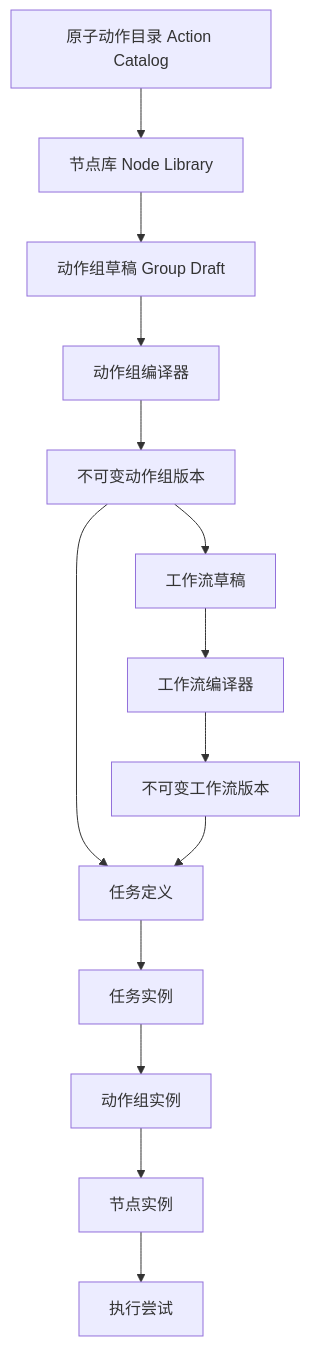
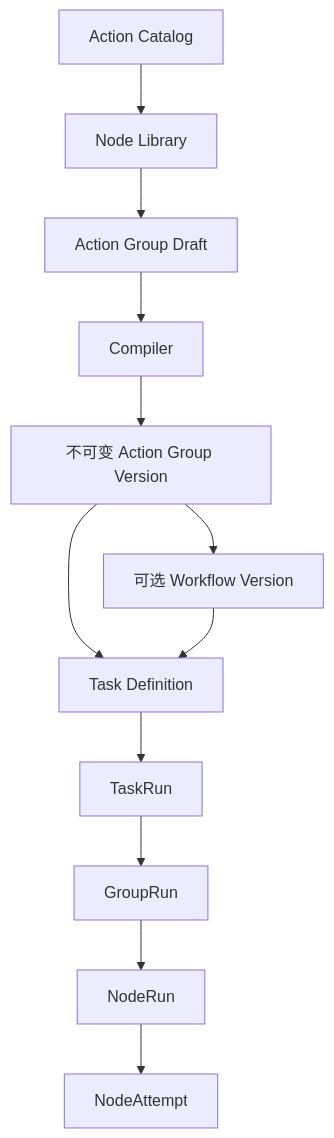
Before and after one commit to xy459/auto-x: the first of 3 diagrams in docs/visual-workflow-engine-design.md, drawn with Mermaid. The commit also changed other lines of this file and 96 other files, not shown here.

````diff
--- a/docs/visual-workflow-engine-design.md
+++ b/docs/visual-workflow-engine-design.md
@@ -96,18 +28,14 @@
-~~~mermaid
+```mermaid
 flowchart TD
-    Catalog["原子动作目录 Action Catalog"] --> NodeLibrary["节点库 Node Library"]
-    NodeLibrary --> GroupDraft["动作组草稿 Group Draft"]
-    GroupDraft --> Compiler["动作组编译器"]
-    Compiler --> GroupVersion["不可变动作组版本"]
-
-    GroupVersion --> WorkflowDraft["工作流草稿"]
-    WorkflowDraft --> WorkflowCompiler["工作流编译器"]
-    WorkflowCompiler --> WorkflowVersion["不可变工作流版本"]
-
-    GroupVersion --> TaskDefinition["任务定义"]
-    WorkflowVersion --> TaskDefinition
-    TaskDefinition --> TaskRun["任务实例"]
-    TaskRun --> GroupRun["动作组实例"]
-    GroupRun --> NodeRun["节点实例"]
-    NodeRun --> Attempt["执行尝试"]
-~~~
+    Catalog["Action Catalog"] --> Library["Node Library"]
+    Library --> Draft["Action Group Draft"]
+    Draft --> Compiler["Compiler"]
+    Compiler --> GroupVersion["不可变 Action Group Version"]
+    GroupVersion --> WorkflowVersion["可选 Workflow Version"]
+    GroupVersion --> Task["Task Definition"]
+    WorkflowVersion --> Task
+    Task --> TaskRun["TaskRun"]
+    TaskRun --> GroupRun["GroupRun"]
+    GroupRun --> NodeRun["NodeRun"]
+    NodeRun --> Attempt["NodeAttempt"]
+```
````
